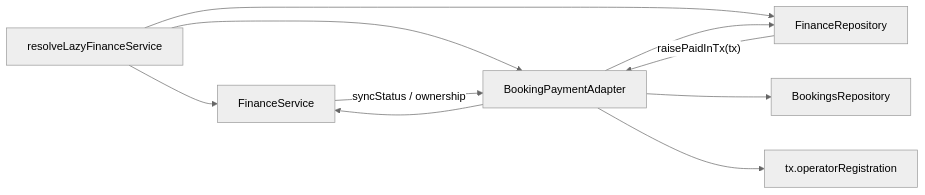
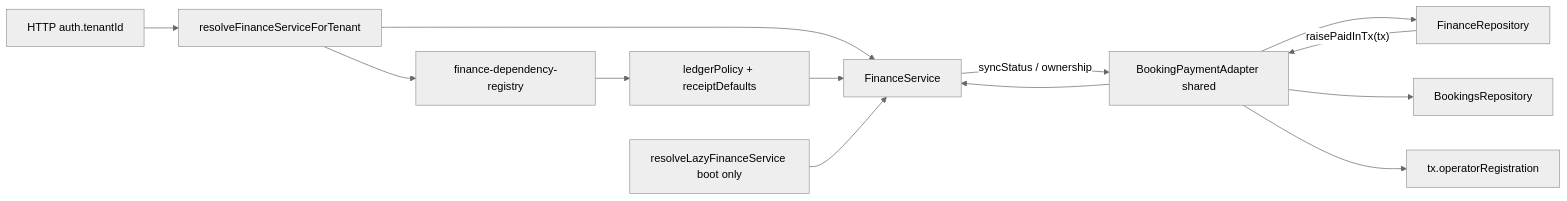
The diagram in docs/phase-20/p7/appendices/PAYMENT-LEDGER-BOUNDARY.md (hrokhbakhsh1991/docs), drawn with Mermaid (neutral theme) before and after one commit. The commit also changed other lines of this file and 8 other files, not shown here.

First line of the commit message:
finance: resolve HTTP FinanceService by tenant workspace type

````diff
--- a/docs/phase-20/p7/appendices/PAYMENT-LEDGER-BOUNDARY.md
+++ b/docs/phase-20/p7/appendices/PAYMENT-LEDGER-BOUNDARY.md
@@ -72,12 +72,15 @@
 ```mermaid
 flowchart LR
-  boot[resolveLazyFinanceService] --> svc[FinanceService]
-  boot --> adapter[BookingPaymentAdapter]
-  boot --> repo[FinanceRepository]
-  adapter --> svc
-  adapter --> repo
+  http[HTTP auth.tenantId] --> tenantResolve[resolveFinanceServiceForTenant]
+  tenantResolve --> registry[finance-dependency-registry]
+  tenantResolve --> svc[FinanceService]
+  registry --> policy[ledgerPolicy + receiptDefaults]
+  policy --> svc
+  boot[resolveLazyFinanceService boot only] --> svc
+  adapter[BookingPaymentAdapter shared] --> svc
+  adapter --> repo[FinanceRepository]
   svc -->|"syncStatus / ownership"| adapter
   repo -->|"raisePaidInTx(tx)"| adapter
   adapter --> bookingsRepo[BookingsRepository]
   adapter --> prismaTx["tx.operatorRegistration"]
 ```
````
